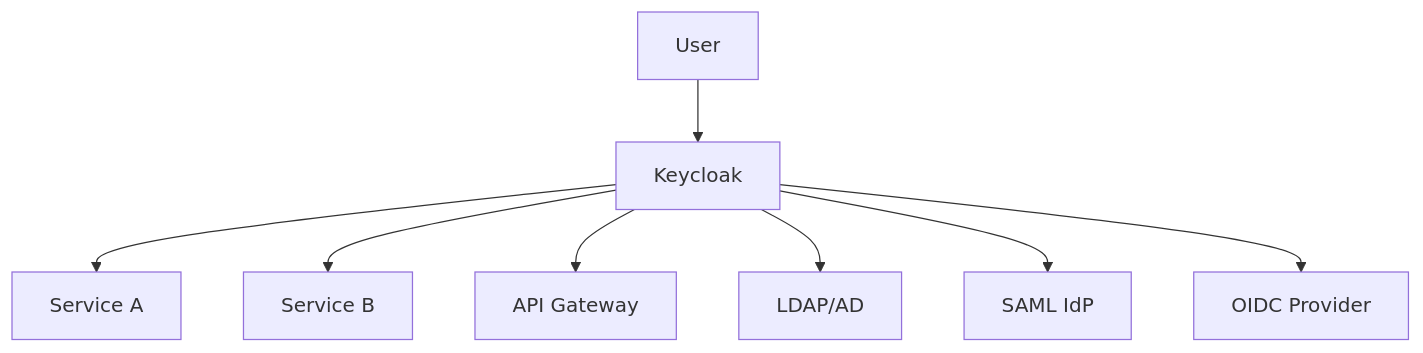
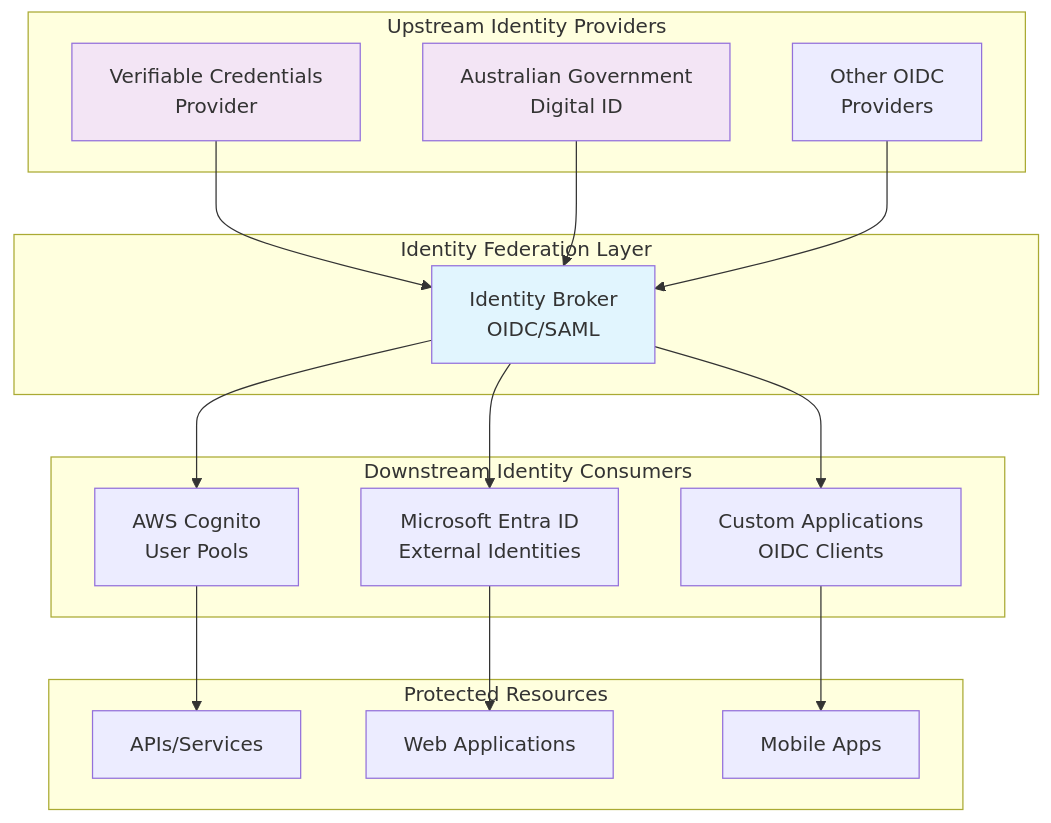
The diagram in reference-architectures/identity-management.qmd (wagov-dtt/architecture-decision-records), drawn with Mermaid before and after one commit. The commit also changed other lines of this file and 11 other files, not shown here.

````diff
--- a/reference-architectures/identity-management.qmd
+++ b/reference-architectures/identity-management.qmd
@@ -18,11 +18,40 @@
 ```{mermaid}
 graph TB
-    User[User] --> KC[Keycloak]
-    KC --> App1[Service A]
-    KC --> App2[Service B] 
-    KC --> App3[API Gateway]
+    subgraph "Upstream Identity Providers"
+        VC[Verifiable Credentials<br/>Provider]
+        DigitalID[Australian Government<br/>Digital ID]
+        Other[Other OIDC<br/>Providers]
+    end
     
-    KC --> LDAP[LDAP/AD]
-    KC --> SAML[SAML IdP]
-    KC --> OIDC[OIDC Provider]
+    subgraph "Identity Federation Layer"
+        Broker[Identity Broker<br/>OIDC/SAML]
+    end
+    
+    subgraph "Downstream Identity Consumers"
+        Cognito[AWS Cognito<br/>User Pools]
+        Entra[Microsoft Entra ID<br/>External Identities]
+        Custom[Custom Applications<br/>OIDC Clients]
+    end
+    
+    subgraph "Protected Resources"
+        API[APIs/Services]
+        Web[Web Applications]
+        Mobile[Mobile Apps]
+    end
+    
+    VC --> Broker
+    DigitalID --> Broker
+    Other --> Broker
+    
+    Broker --> Cognito
+    Broker --> Entra
+    Broker --> Custom
+    
+    Cognito --> API
+    Entra --> Web
+    Custom --> Mobile
+    
+    style Broker fill:#e1f5fe
+    style VC fill:#f3e5f5
+    style DigitalID fill:#f3e5f5
 ```
````
